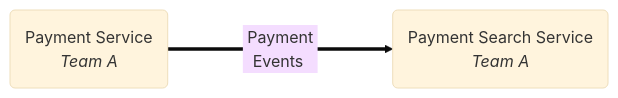
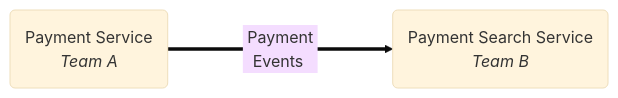
The first of 4 diagrams in docs/decouple.md (bitshepherds/jsm-demo), drawn with Mermaid (base theme) before and after one commit. The commit also changed other lines of this file and 51 other files, not shown here.

````diff
--- a/docs/decouple.md
+++ b/docs/decouple.md
@@ -8,6 +8,6 @@
 ```mermaid
 graph LR
         PS(Payment Service<br/><i>Team A</i>)
-        PSS(Payment Search Service<br/><i>Team A</i>)
+        PSS(Payment Search Service<br/><i>Team B</i>)
     PS ====>|&nbsp;Payment&nbsp;<br/>Events&nbsp;| PSS
 ```
````
